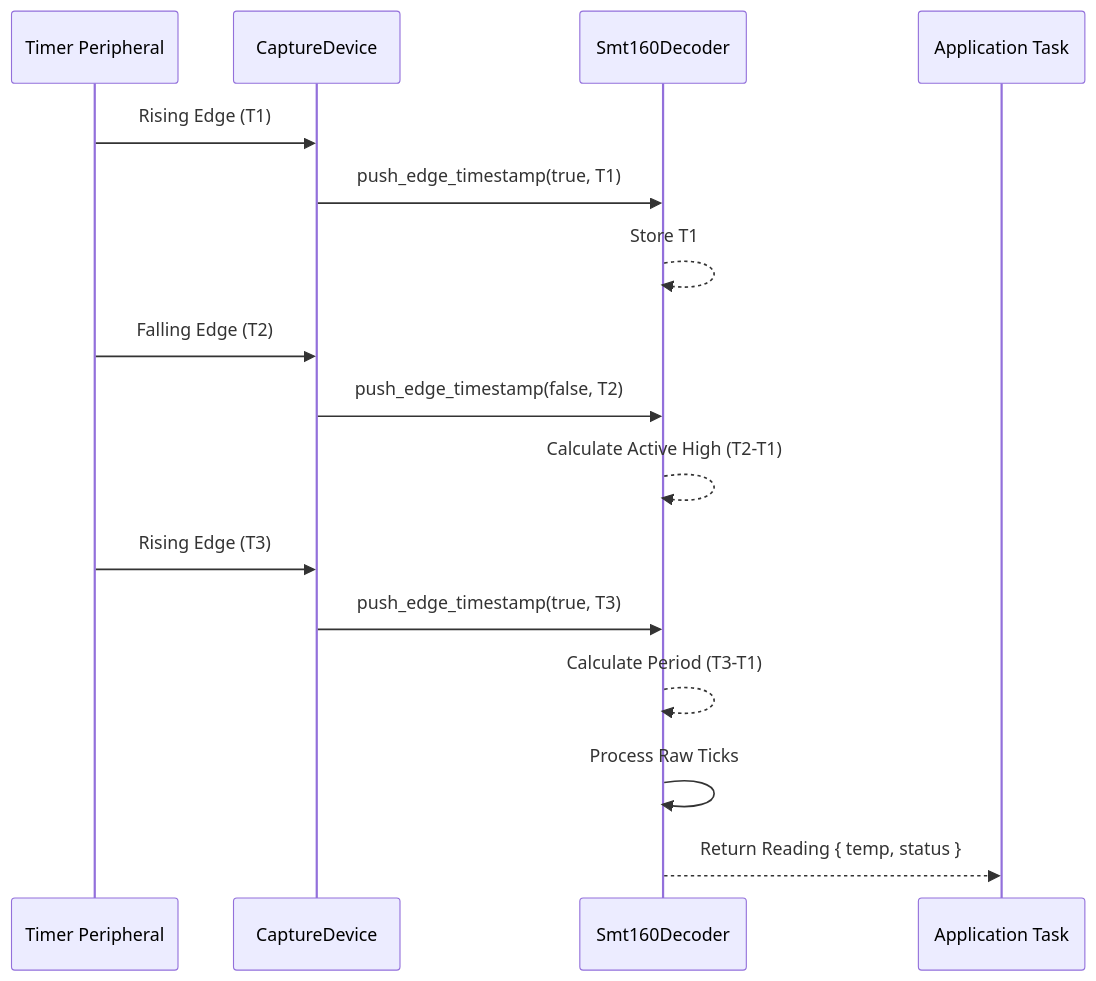
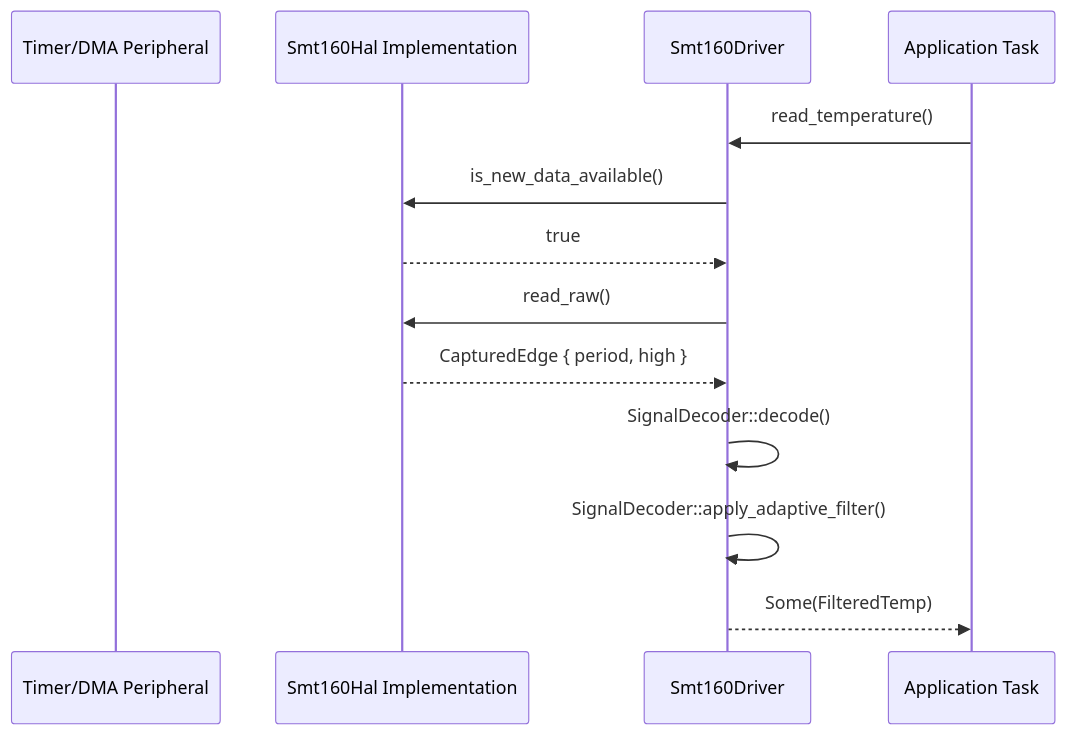
The second of 2 diagrams in Architecture.md (FaezBarghasa/smt160-driver), drawn with Mermaid before and after one commit. The commit also changed other lines of this file and 7 other files, not shown here.

Commit message:
docs: update technical documentation, status taxonomies, and architectural diagrams to reflect refined signal processing and error handling logic

````diff
--- a/Architecture.md
+++ b/Architecture.md
@@ -54,19 +48,16 @@
 ```mermaid
 sequenceDiagram
-    participant HW as Timer Peripheral
-    participant CAP as CaptureDevice
-    participant DEC as Smt160Decoder
+    participant HW as Timer/DMA Peripheral
+    participant HAL as Smt160Hal Implementation
+    participant DRV as Smt160Driver
     participant APP as Application Task
 
-    HW->>CAP: Rising Edge (T1)
-    CAP->>DEC: push_edge_timestamp(true, T1)
-    DEC-->>DEC: Store T1
-    HW->>CAP: Falling Edge (T2)
-    CAP->>DEC: push_edge_timestamp(false, T2)
-    DEC-->>DEC: Calculate Active High (T2-T1)
-    HW->>CAP: Rising Edge (T3)
-    CAP->>DEC: push_edge_timestamp(true, T3)
-    DEC-->>DEC: Calculate Period (T3-T1)
-    DEC->>DEC: Process Raw Ticks
-    DEC-->>APP: Return Reading { temp, status }
+    APP->>DRV: read_temperature()
+    DRV->>HAL: is_new_data_available()
+    HAL-->>DRV: true
+    DRV->>HAL: read_raw()
+    HAL-->>DRV: CapturedEdge { period, high }
+    DRV->>DRV: SignalDecoder::decode()
+    DRV->>DRV: SignalDecoder::apply_adaptive_filter()
+    DRV-->>APP: Some(FilteredTemp)
 ```
````
